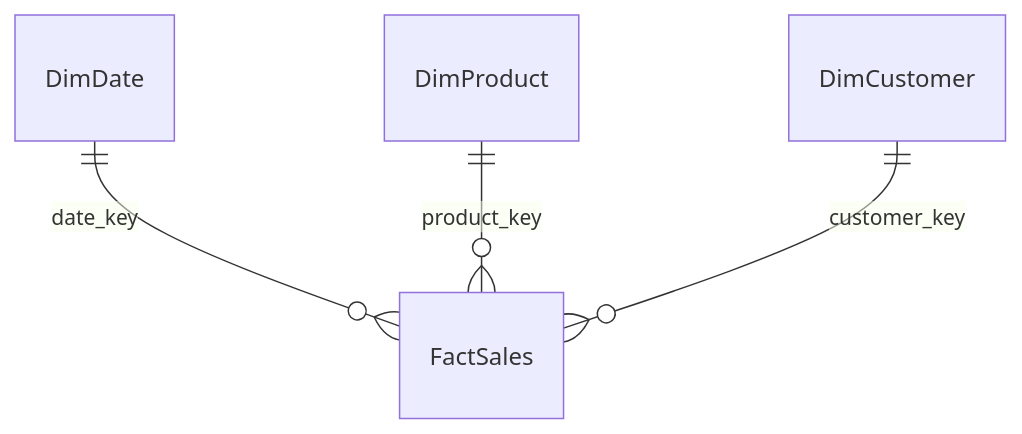
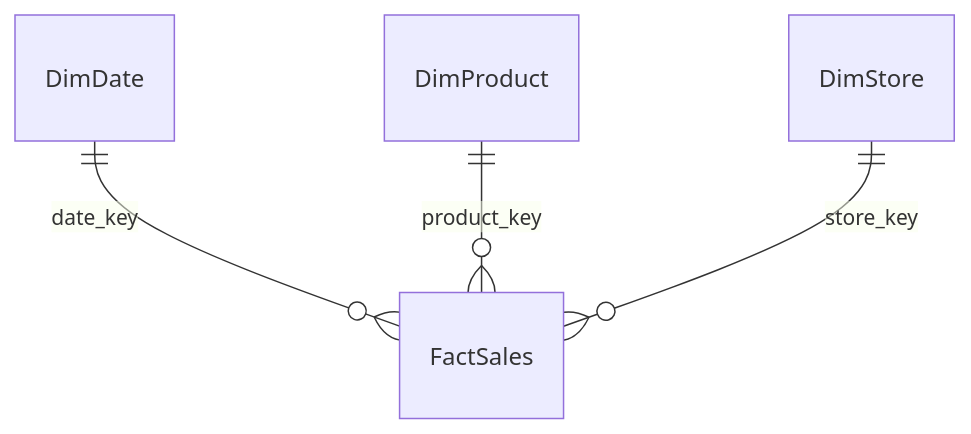
Before and after one commit to ValieriiaNovosad/genius-test: the diagram in konspekty/modul-06/03-model-ta-vizualy.md, drawn with Mermaid. The commit also changed other lines of this file and 9 other files, not shown here.

````diff
--- a/konspekty/modul-06/03-model-ta-vizualy.md
+++ b/konspekty/modul-06/03-model-ta-vizualy.md
@@ -20,6 +18,6 @@
 ```mermaid
 erDiagram
   DimDate ||--o{ FactSales : date_key
   DimProduct ||--o{ FactSales : product_key
-  DimCustomer ||--o{ FactSales : customer_key
+  DimStore ||--o{ FactSales : store_key
 ```
````
